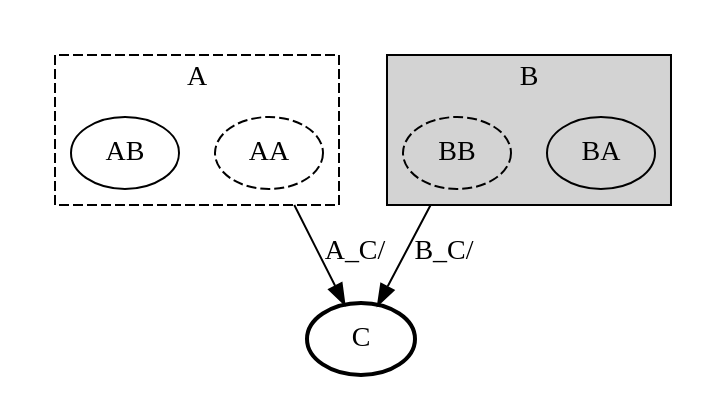
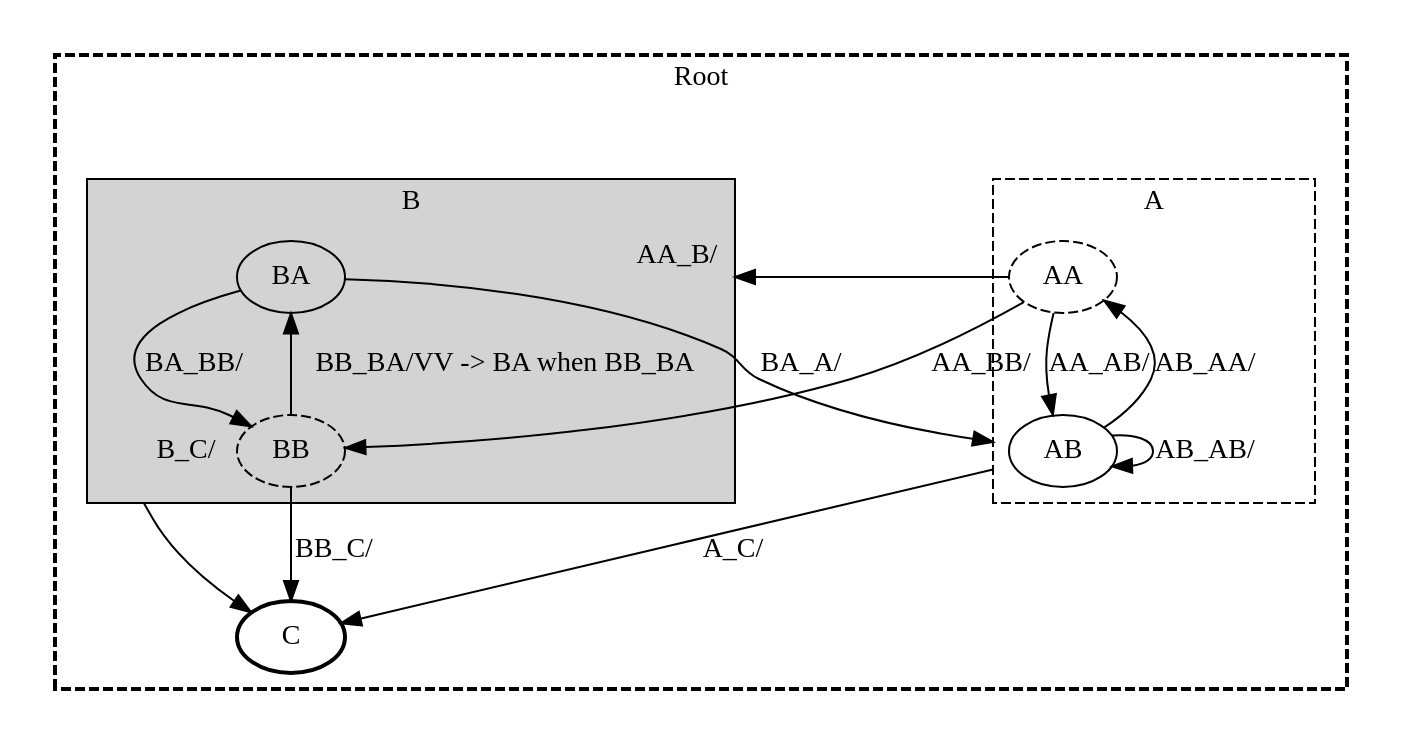
The diagram in net.tangly.fsm/src/site/pics/fsm-test.dot (tangly-team/tangly-os), drawn with Graphviz before and after one commit. The commit also changed 8 other files, not shown here.

```diff
--- a/net.tangly.fsm/src/site/pics/fsm-test.dot
+++ b/net.tangly.fsm/src/site/pics/fsm-test.dot
@@ -1,25 +1,64 @@
 digraph G {
   compound=true;
 
+  subgraph cluster1000 {
+    style=invis;
+    subgraph cluster0 {
+      style="visible, dashed, bold";
+      label = "Root"
+      subgraph cluster1001 {
+        style=invis;
+        subgraph cluster1 {
+          style="visible, dashed";
+          label = "A"
+          AA [style="dashed"];
+          AB [];
+        }
+      }
+      subgraph cluster1004 {
+        style=invis;
+        subgraph cluster4 {
+          style="visible, filled";
+          label = "B"
+          BA [style="filled"];
+          BB [style="dashed"];
+        }
+      }
+      C [style="bold"];
+    }
+  }
   subgraph cluster1001 {
     style=invis;
     subgraph cluster1 {
       style="visible, dashed";
       label = "A"
       AA [style="dashed"];
       AB [];
     }
   }
+  AA [style="dashed"];
+  AB [];
   subgraph cluster1004 {
     style=invis;
     subgraph cluster4 {
       style="visible, filled";
       label = "B"
       BA [style="filled"];
       BB [style="dashed"];
     }
   }
+  BA [style="filled"];
+  BB [style="dashed"];
   C [style="bold"];
-  AA -> C [ltail=cluster1, label="A_C/"];
-  BB -> C [ltail=cluster4, label="B_C/"];
+  AB -> C [ltail=cluster1, label="A_C/"];
+  AA -> AB [label="AA_AB/"];
+  AA -> BA [lhead=cluster4, label="AA_B/"];
+  AA -> BB [label="AA_BB/"];
+  AB -> AA [label="AB_AA/"];
+  AB -> AB [label="AB_AB/"];
+  BA -> C [ltail=cluster4, label="B_C/"];
+  BA -> AB [lhead=cluster1, label="BA_A/"];
+  BA -> BB [label="BA_BB/"];
+  BB -> BA [label="BB_BA/VV -> BA when BB_BA"];
+  BB -> C [label="BB_C/"];
 }
```
